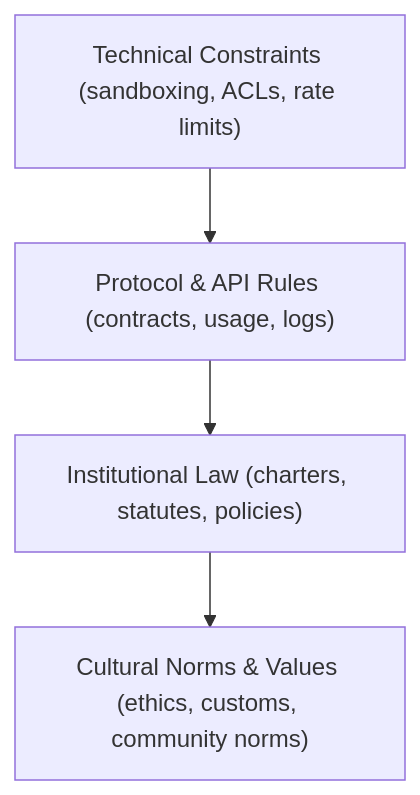
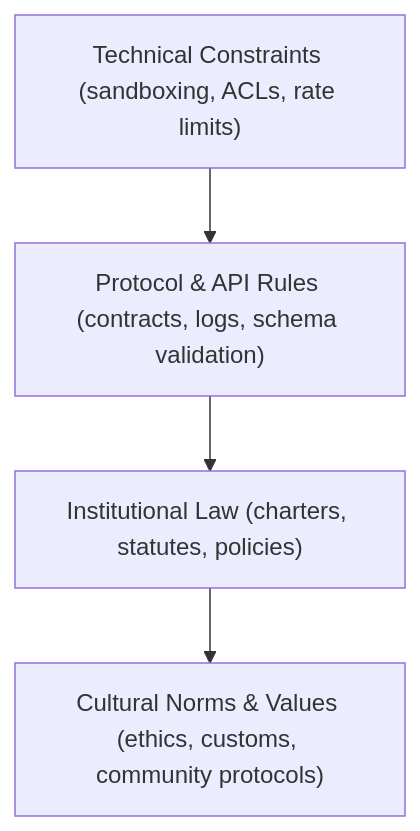
One commit to bartytime4life/Kansas-Frontier-Matrix changed the first of 4 diagrams in docs/standards/ai-law-coevolution.md. Above: the diagram before and after it, drawn with Mermaid. The commit also changed other lines of this file, not shown here.

````diff
--- a/docs/standards/ai-law-coevolution.md
+++ b/docs/standards/ai-law-coevolution.md
@@ -294,6 +372,6 @@
 ```mermaid
 flowchart TD
-    A["Technical Constraints (sandboxing, ACLs, rate limits)"] --> B["Protocol & API Rules (contracts, usage, logs)"]
+    A["Technical Constraints (sandboxing, ACLs, rate limits)"] --> B["Protocol & API Rules (contracts, logs, schema validation)"]
     B --> C["Institutional Law (charters, statutes, policies)"]
-    C --> D["Cultural Norms & Values (ethics, customs, community norms)"]
+    C --> D["Cultural Norms & Values (ethics, customs, community protocols)"]
 ```
````
